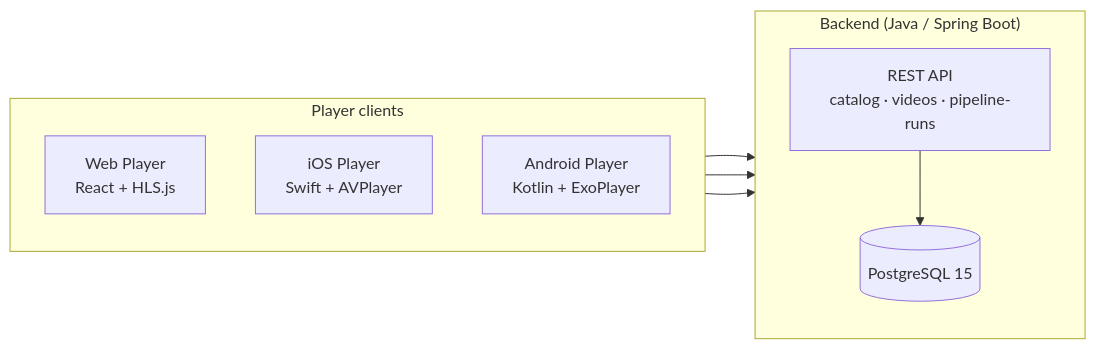
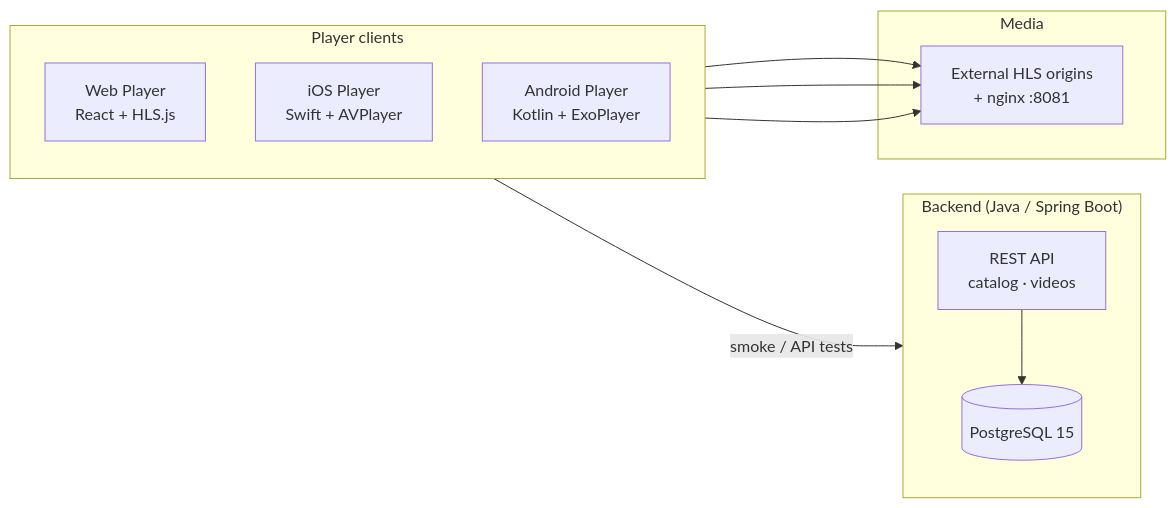
One commit to palsure/Platform-QualityByDesign-Workshop changed the first of 2 diagrams in README.md. Above: the diagram before and after it, drawn with Mermaid. The commit also changed other lines of this file and 13 other files, not shown here.

````diff
--- a/README.md
+++ b/README.md
@@ -45,20 +45,25 @@
 ```mermaid
 flowchart LR
   subgraph Players["Player clients"]
     direction TB
     Web["Web Player<br/>React + HLS.js"]
     iOS["iOS Player<br/>Swift + AVPlayer"]
     Android["Android Player<br/>Kotlin + ExoPlayer"]
   end
 
   subgraph Backend["Backend (Java / Spring Boot)"]
     direction TB
-    API["REST API<br/>catalog · videos · pipeline-runs"]
+    API["REST API<br/>catalog · videos"]
     DB[("PostgreSQL 15")]
     API --> DB
   end
 
-  Web --> API
-  iOS --> API
-  Android --> API
+  subgraph CDN["Media"]
+    HLS["External HLS origins<br/>+ nginx :8081"]
+  end
+
+  Web -->|"smoke / API tests"| API
+  Web --> HLS
+  iOS --> HLS
+  Android --> HLS
 ```
````
